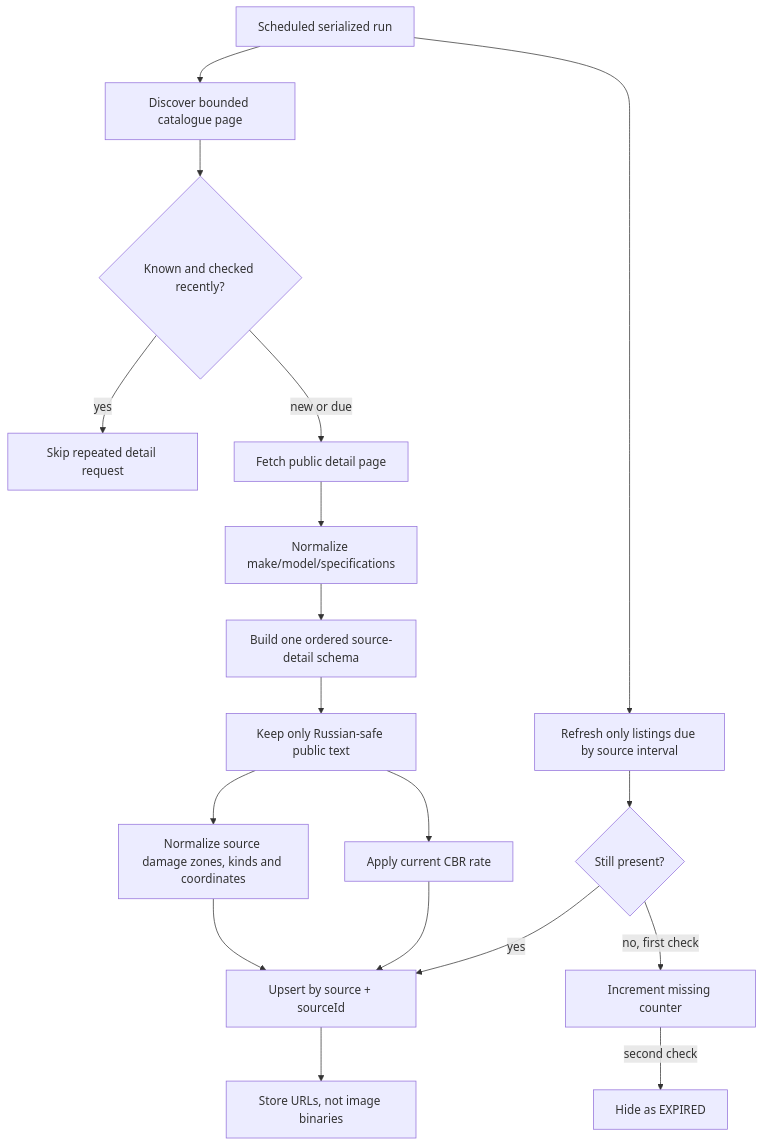
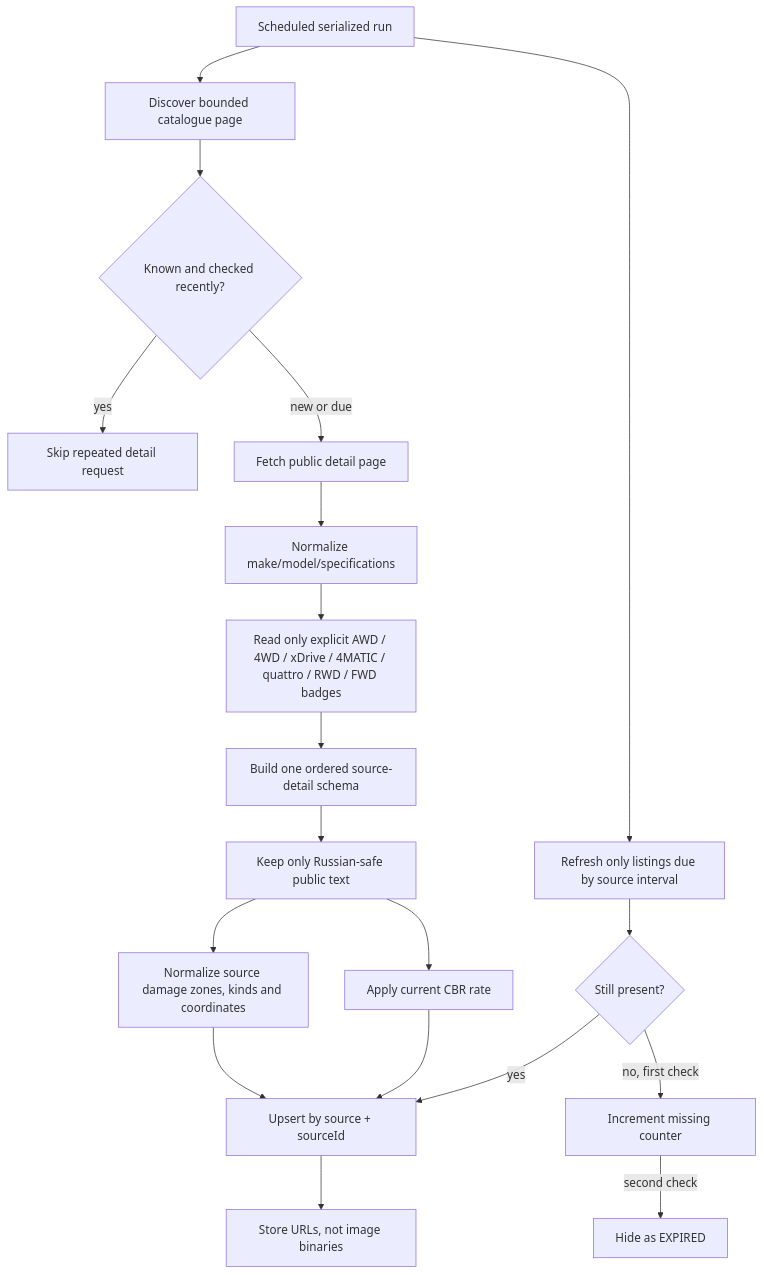
One commit to microsecret/automart changed the second of 8 diagrams in docs/PROJECT_GRAPH.md. Above: the diagram before and after it, drawn with Mermaid. The commit also changed other lines of this file and 7 other files, not shown here.

````diff
--- a/docs/PROJECT_GRAPH.md
+++ b/docs/PROJECT_GRAPH.md
@@ -62,20 +62,21 @@
 ```mermaid
 flowchart TD
   Schedule["Scheduled serialized run"] --> Discover["Discover bounded catalogue page"]
   Discover --> Seen{"Known and checked recently?"}
   Seen -->|yes| Skip["Skip repeated detail request"]
   Seen -->|new or due| Detail["Fetch public detail page"]
   Detail --> Normalize["Normalize make/model/specifications"]
-  Normalize --> Canonical["Build one ordered source-detail schema"]
+  Normalize --> DriveBadge["Read only explicit AWD / 4WD / xDrive / 4MATIC / quattro / RWD / FWD badges"]
+  DriveBadge --> Canonical["Build one ordered source-detail schema"]
   Canonical --> Russian["Keep only Russian-safe public text"]
   Russian --> CBR["Apply current CBR rate"]
   Russian --> Damage["Normalize source damage zones, kinds and coordinates"]
   Damage --> Upsert
   CBR --> Upsert["Upsert by source + sourceId"]
   Upsert --> Gallery["Store URLs, not image binaries"]
   Schedule --> Refresh["Refresh only listings due by source interval"]
   Refresh --> Present{"Still present?"}
   Present -->|yes| Upsert
   Present -->|no, first check| Confirm["Increment missing counter"]
   Confirm -->|second check| Expire["Hide as EXPIRED"]
 ```
````
